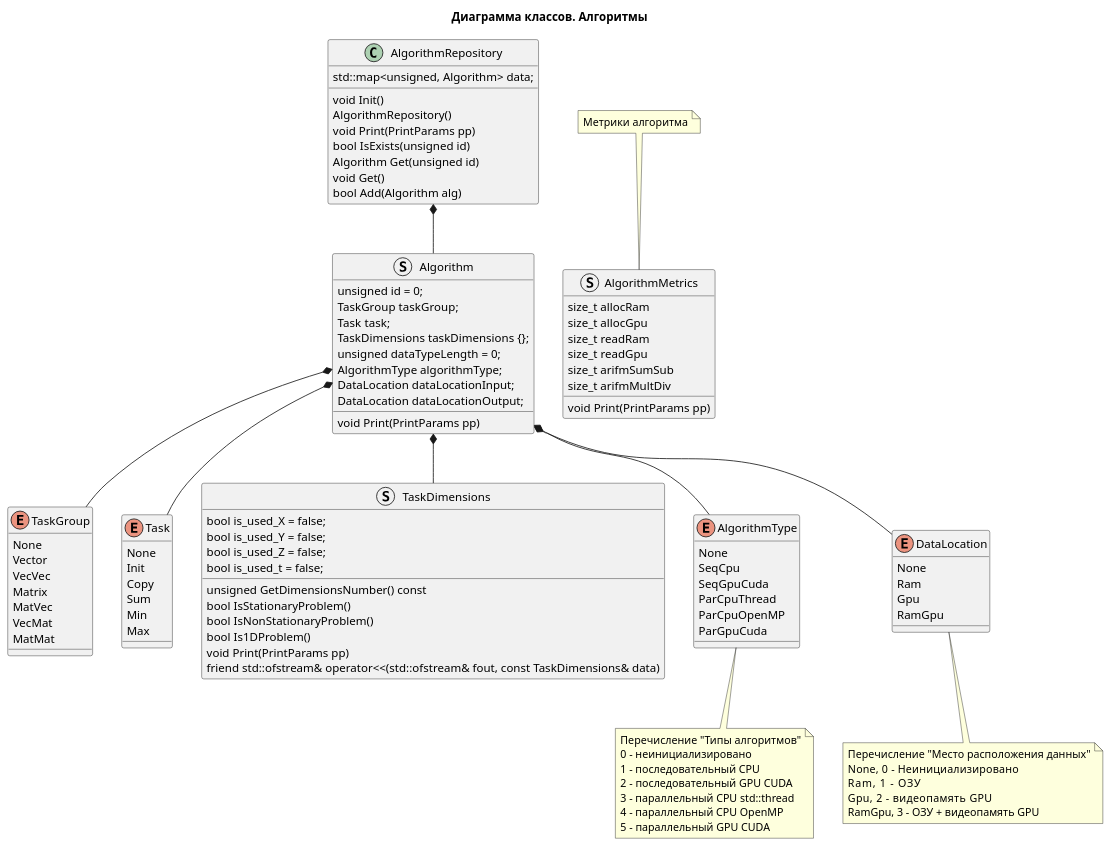
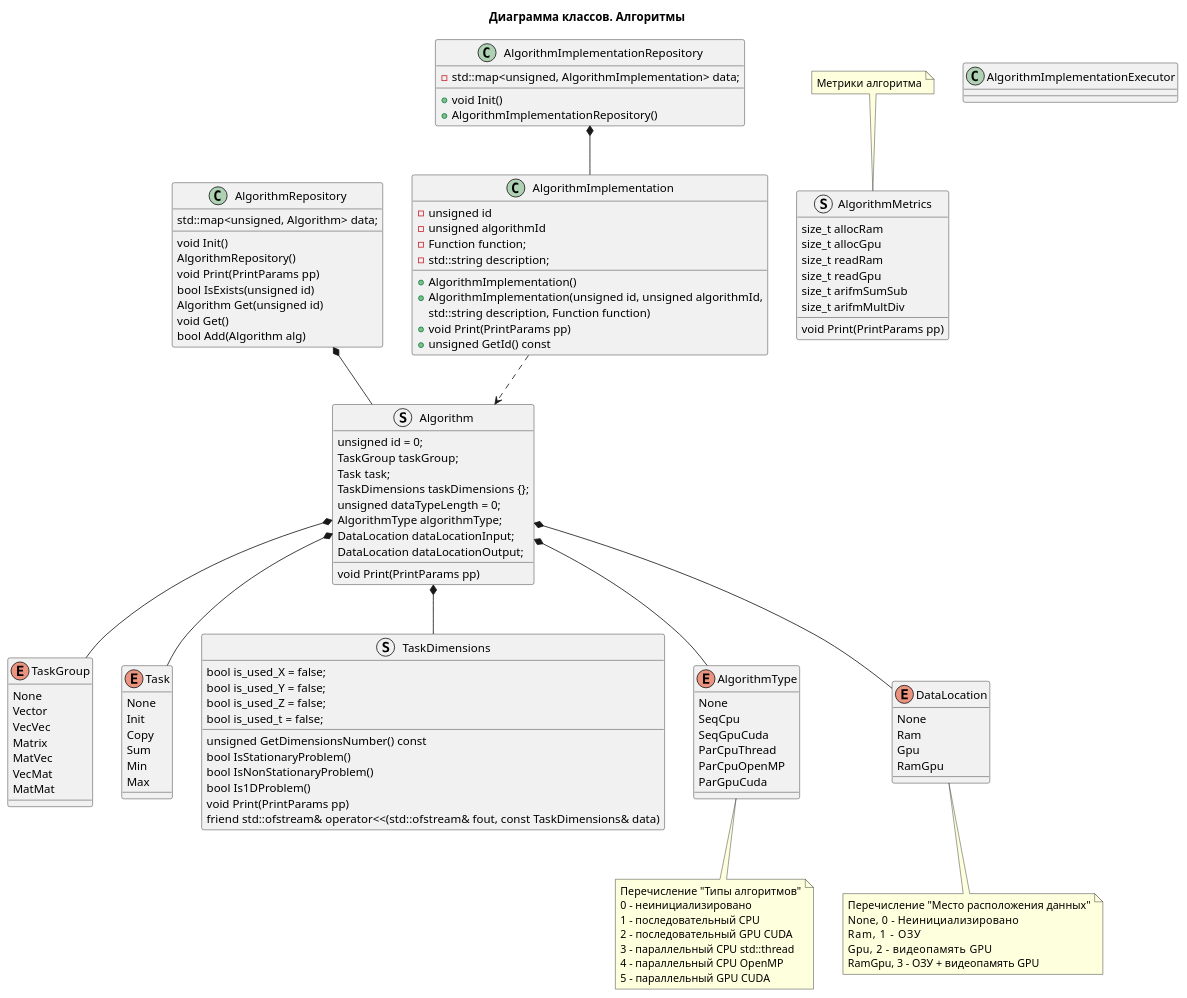
Before and after one commit to LitvinovVN/MathModAndPP: the diagram in Testing_Thread_OpenMP_Cuda_K80_6/docs/class-diagram-algorithms.puml, drawn with PlantUML. The commit also changed 17 other files, not shown here.

```diff
--- a/Testing_Thread_OpenMP_Cuda_K80_6/docs/class-diagram-algorithms.puml
+++ b/Testing_Thread_OpenMP_Cuda_K80_6/docs/class-diagram-algorithms.puml
@@ -166,6 +166,45 @@
     bool Add(Algorithm alg)
 }
 
+'Класс реализации алгоритма (сопоставляет УИД алгоритма с функцией реализации)
+class AlgorithmImplementation
+{
+    ' УИД сопоставления
+    - unsigned id
+    ' УИД алгоритма
+    - unsigned algorithmId
+    ' Объект функции, реализующей алгоритм
+    - Function function;
+    ' Описание
+    - std::string description;
+
+    + AlgorithmImplementation()
+    + AlgorithmImplementation(unsigned id, unsigned algorithmId,
+        std::string description, Function function)
+    + void Print(PrintParams pp)
+    ' Возвращает УИД сопоставления (id) алгоритма и его реализации 
+    + unsigned GetId() const
+}
+
+' Репозиторий реализаций алгоритмов.
+' Сопоставляет УИД алгоритма с функцией, реализующей алгоритм
+class AlgorithmImplementationRepository
+{
+    - std::map<unsigned, AlgorithmImplementation> data;
+    ' Инициализация репозитория реализаций алгоритмов
+    + void Init()
+    + AlgorithmImplementationRepository()
+}
+
+' Класс для запуска алгоритма на заданной вычислительной системе
+class AlgorithmImplementationExecutor
+{
+    
+}
+
+AlgorithmImplementation ..> Algorithm
+AlgorithmImplementationRepository *-- AlgorithmImplementation
+
 Algorithm *-- TaskGroup
 Algorithm *-- Task
 Algorithm *-- TaskDimensions
```
